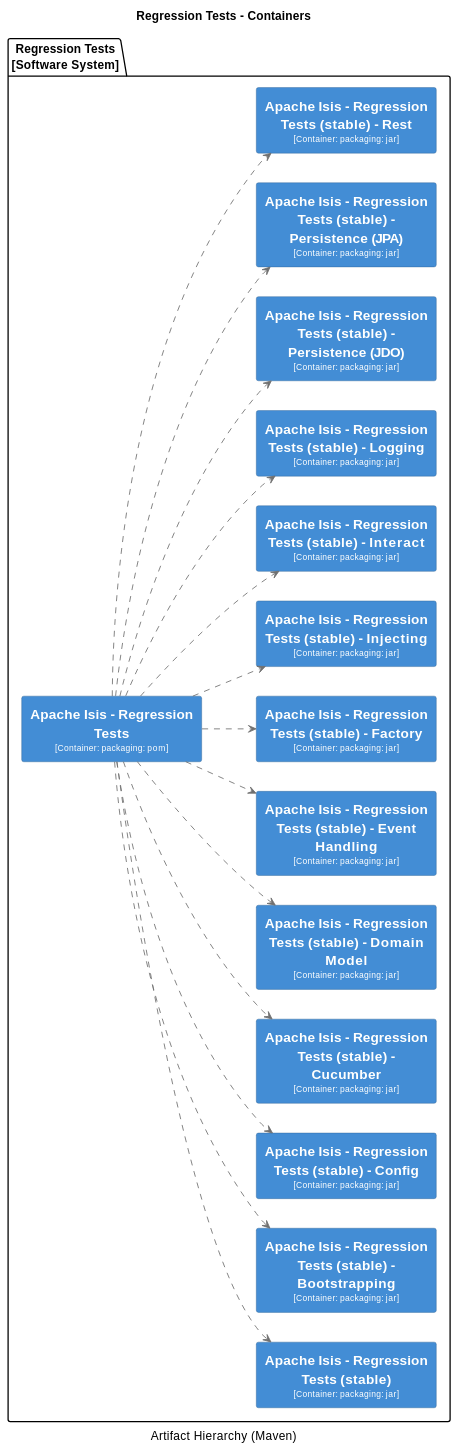
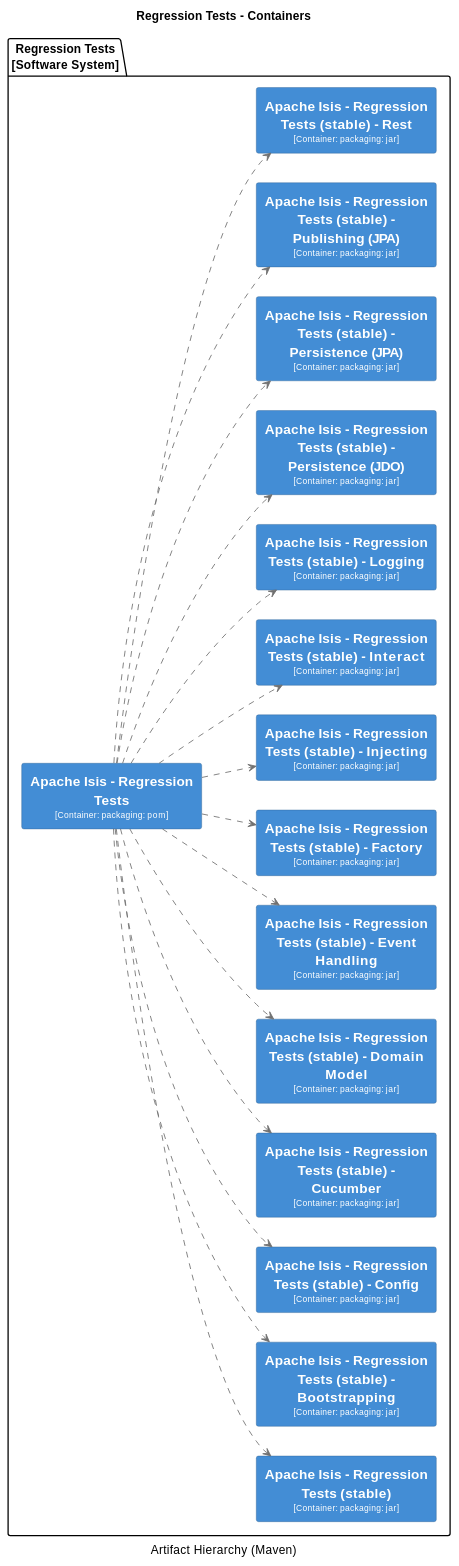
One commit to apache/causeway changed diagram 34 of 38 in core/adoc/modules/_overview/pages/about.adoc. Above: the diagram before and after it, drawn with PlantUML. The commit also changed other lines of this file and 78 other files, not shown here.

```diff
--- a/core/adoc/modules/_overview/pages/about.adoc
+++ b/core/adoc/modules/_overview/pages/about.adoc
@@ -5906,6 +5928,11 @@
   BorderColor #2E6295
 }
 skinparam rectangle<<15>> {
+  BackgroundColor #438dd5
+  FontColor #fffffe
+  BorderColor #2E6295
+}
+skinparam rectangle<<16>> {
   BackgroundColor #438dd5
   FontColor #fffffe
   BorderColor #2E6295
@@ -5969,7 +5996,8 @@
   rectangle "==Apache Isis - Regression Tests (stable) - Logging\n<size:10>[Container: packaging: jar]</size>" <<12>> as 12
   rectangle "==Apache Isis - Regression Tests (stable) - Persistence (JDO)\n<size:10>[Container: packaging: jar]</size>" <<13>> as 13
   rectangle "==Apache Isis - Regression Tests (stable) - Persistence (JPA)\n<size:10>[Container: packaging: jar]</size>" <<14>> as 14
-  rectangle "==Apache Isis - Regression Tests (stable) - Rest\n<size:10>[Container: packaging: jar]</size>" <<15>> as 15
+  rectangle "==Apache Isis - Regression Tests (stable) - Publishing (JPA)\n<size:10>[Container: packaging: jar]</size>" <<15>> as 15
+  rectangle "==Apache Isis - Regression Tests (stable) - Rest\n<size:10>[Container: packaging: jar]</size>" <<16>> as 16
 }
 2 .[#707070].> 3 : ""
 2 .[#707070].> 4 : ""
@@ -5984,5 +6012,6 @@
 2 .[#707070].> 13 : ""
 2 .[#707070].> 14 : ""
 2 .[#707070].> 15 : ""
+2 .[#707070].> 16 : ""
 @enduml
 ----
```
